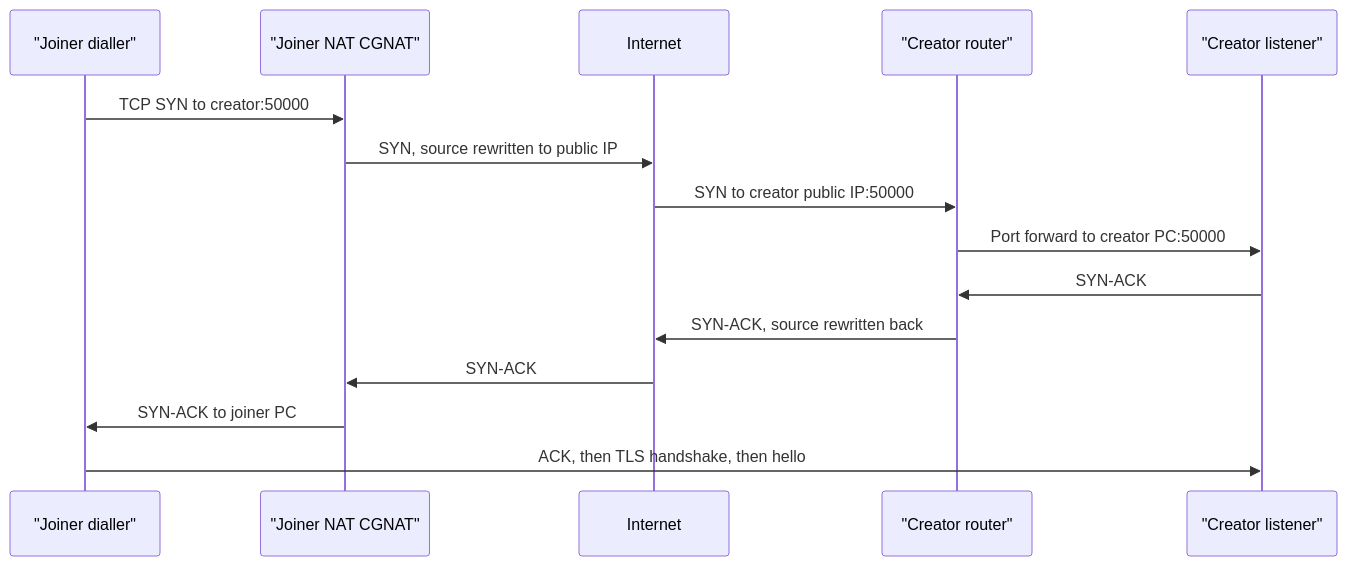
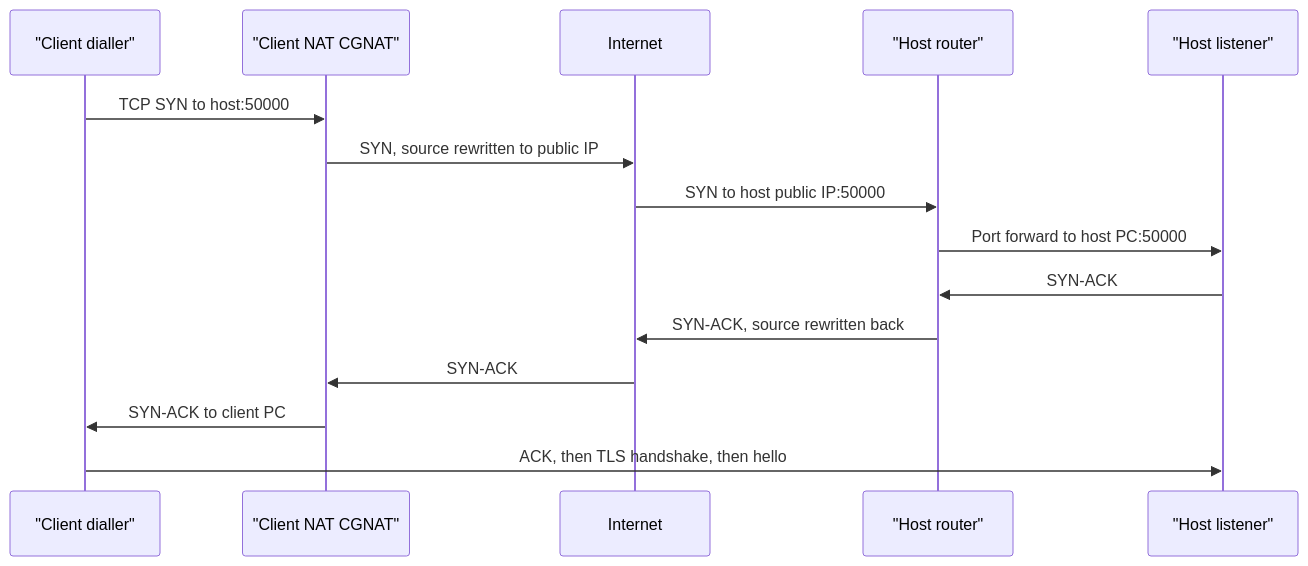
The fifth of 8 diagrams in docs/architecture.md (mohakps/riptide), drawn with Mermaid before and after one commit. The commit also changed other lines of this file and 37 other files, not shown here.

````diff
--- a/docs/architecture.md
+++ b/docs/architecture.md
@@ -150,17 +150,17 @@
 ```mermaid
 sequenceDiagram
-    participant J as "Joiner dialler"
-    participant JN as "Joiner NAT CGNAT"
+    participant J as "Client dialler"
+    participant JN as "Client NAT CGNAT"
     participant I as Internet
-    participant CR as "Creator router"
-    participant C as "Creator listener"
-    J->>JN: TCP SYN to creator:50000
+    participant CR as "Host router"
+    participant C as "Host listener"
+    J->>JN: TCP SYN to host:50000
     JN->>I: SYN, source rewritten to public IP
-    I->>CR: SYN to creator public IP:50000
-    CR->>C: Port forward to creator PC:50000
+    I->>CR: SYN to host public IP:50000
+    CR->>C: Port forward to host PC:50000
     C->>CR: SYN-ACK
     CR->>I: SYN-ACK, source rewritten back
     I->>JN: SYN-ACK
-    JN->>J: SYN-ACK to joiner PC
+    JN->>J: SYN-ACK to client PC
     J->>C: ACK, then TLS handshake, then hello
 ```
````
